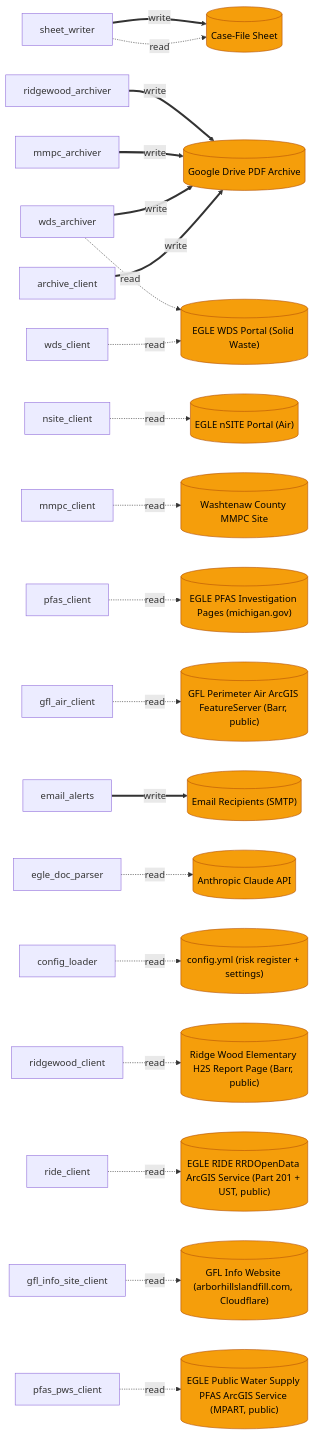
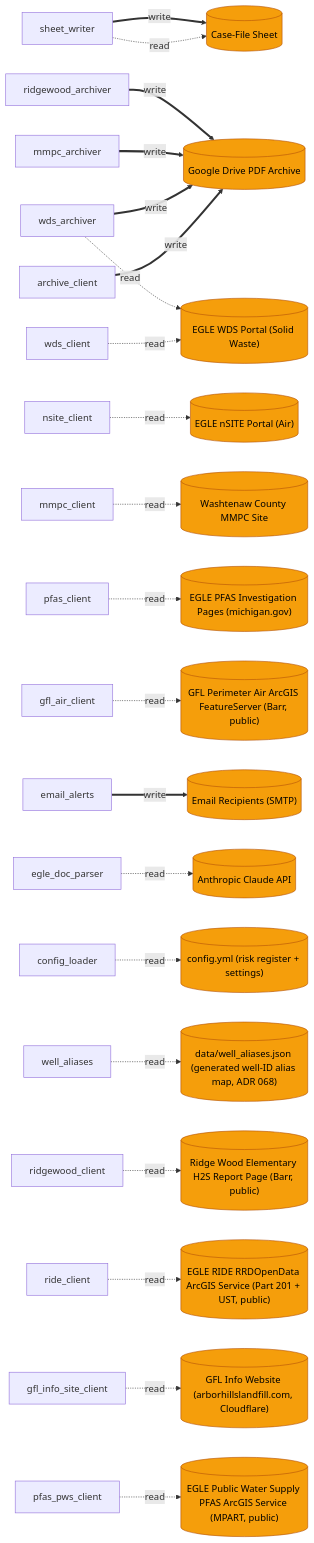
Before and after one commit to tkunst/arbor-hills-monitor: the diagram in docs/topology/data-lineage.mmd, drawn with Mermaid. The commit also changed 20 other files, not shown here.

```diff
--- a/docs/topology/data-lineage.mmd
+++ b/docs/topology/data-lineage.mmd
@@ -1,66 +1,70 @@
 graph LR
   %% program -> data store lineage; dotted = read, bold = write
   ds_case_file_sheet[("Case-File Sheet")]
   ds_drive_archive[("Google Drive PDF Archive")]
   ds_nsite[("EGLE nSITE Portal (Air)")]
   ds_wds[("EGLE WDS Portal (Solid Waste)")]
   ds_mmpc[("Washtenaw County MMPC Site")]
   ds_pfas[("EGLE PFAS Investigation Pages (michigan.gov)")]
   ds_gfl_air[("GFL Perimeter Air ArcGIS FeatureServer (Barr, public)")]
   ds_ridgewood[("Ridge Wood Elementary H2S Report Page (Barr, public)")]
   ds_ride[("EGLE RIDE RRDOpenData ArcGIS Service (Part 201 + UST, public)")]
   ds_gfl_info_site[("GFL Info Website (arborhillslandfill.com, Cloudflare)")]
   ds_pws_pfas[("EGLE Public Water Supply PFAS ArcGIS Service (MPART, public)")]
   ds_smtp[("Email Recipients (SMTP)")]
   ds_anthropic[("Anthropic Claude API")]
   ds_config[("config.yml (risk register + settings)")]
+  ds_well_aliases[("data/well_aliases.json (generated well-ID alias map, ADR 068)")]
   sheet_writer["sheet_writer"]
   sheet_writer -. read .-> ds_case_file_sheet
   sheet_writer ==>|write| ds_case_file_sheet
   archive_client["archive_client"]
   archive_client ==>|write| ds_drive_archive
   nsite_client["nsite_client"]
   nsite_client -. read .-> ds_nsite
   wds_client["wds_client"]
   wds_client -. read .-> ds_wds
   mmpc_client["mmpc_client"]
   mmpc_client -. read .-> ds_mmpc
   pfas_client["pfas_client"]
   pfas_client -. read .-> ds_pfas
   gfl_air_client["gfl_air_client"]
   gfl_air_client -. read .-> ds_gfl_air
   email_alerts["email_alerts"]
   email_alerts ==>|write| ds_smtp
   egle_doc_parser["egle_doc_parser"]
   egle_doc_parser -. read .-> ds_anthropic
   config_loader["config_loader"]
   config_loader -. read .-> ds_config
+  well_aliases["well_aliases"]
+  well_aliases -. read .-> ds_well_aliases
   wds_archiver["wds_archiver"]
   wds_archiver -. read .-> ds_wds
   wds_archiver ==>|write| ds_drive_archive
   mmpc_archiver["mmpc_archiver"]
   mmpc_archiver ==>|write| ds_drive_archive
   ridgewood_client["ridgewood_client"]
   ridgewood_client -. read .-> ds_ridgewood
   ridgewood_archiver["ridgewood_archiver"]
   ridgewood_archiver ==>|write| ds_drive_archive
   ride_client["ride_client"]
   ride_client -. read .-> ds_ride
   gfl_info_site_client["gfl_info_site_client"]
   gfl_info_site_client -. read .-> ds_gfl_info_site
   pfas_pws_client["pfas_pws_client"]
   pfas_pws_client -. read .-> ds_pws_pfas
   style ds_case_file_sheet fill:#f59e0b,color:#000,stroke:#b45309
   style ds_drive_archive fill:#f59e0b,color:#000,stroke:#b45309
   style ds_nsite fill:#f59e0b,color:#000,stroke:#b45309
   style ds_wds fill:#f59e0b,color:#000,stroke:#b45309
   style ds_mmpc fill:#f59e0b,color:#000,stroke:#b45309
   style ds_pfas fill:#f59e0b,color:#000,stroke:#b45309
   style ds_gfl_air fill:#f59e0b,color:#000,stroke:#b45309
   style ds_ridgewood fill:#f59e0b,color:#000,stroke:#b45309
   style ds_ride fill:#f59e0b,color:#000,stroke:#b45309
   style ds_gfl_info_site fill:#f59e0b,color:#000,stroke:#b45309
   style ds_pws_pfas fill:#f59e0b,color:#000,stroke:#b45309
   style ds_smtp fill:#f59e0b,color:#000,stroke:#b45309
   style ds_anthropic fill:#f59e0b,color:#000,stroke:#b45309
   style ds_config fill:#f59e0b,color:#000,stroke:#b45309
+  style ds_well_aliases fill:#f59e0b,color:#000,stroke:#b45309
```
